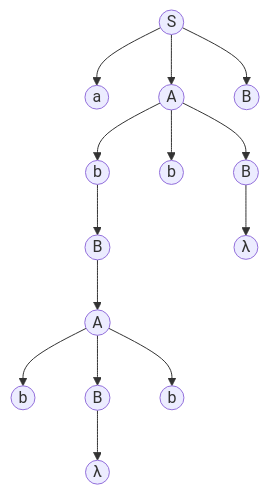
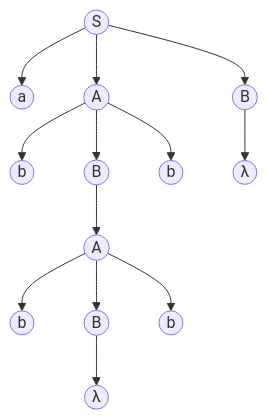
The second of 2 diagrams in 2025-1/AT/AT_Midterm.md (leekyeongjun/JunsVault), drawn with Mermaid before and after one commit. The commit also changed other lines of this file and 1 other file, not shown here.

````diff
--- a/2025-1/AT/AT_Midterm.md
+++ b/2025-1/AT/AT_Midterm.md
@@ -180,37 +226,35 @@
 ```mermaid
 graph TD
 	1((S));
 	2((a));
 	3((A));
 	4((B));
 	
 	5((b));
 	6((B));
 	7((b));
-	8((B));
 	
 	9((A));
 	
 	10((b));
 	11((B));
 	12((b));
 	13((λ));
 	14((λ));
 
 	1 --> 2
 	1 --> 3
 	1 --> 4
 	
 	3 --> 5
-	5 --> 6
+	3 --> 6
 	3 --> 7
 	6 --> 9
-	3 --> 8
 
 	9 --> 10
 	9 --> 11
 	9 --> 12
 
-	8 --> 13
+	4 --> 13
 	11 --> 14
 ```
````
